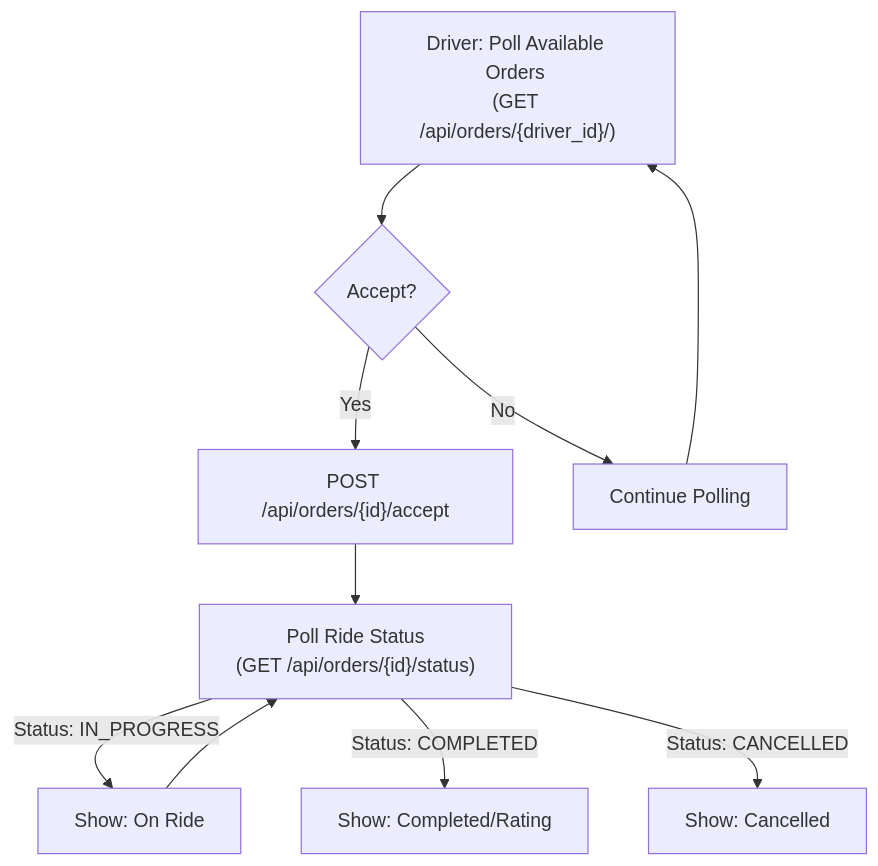
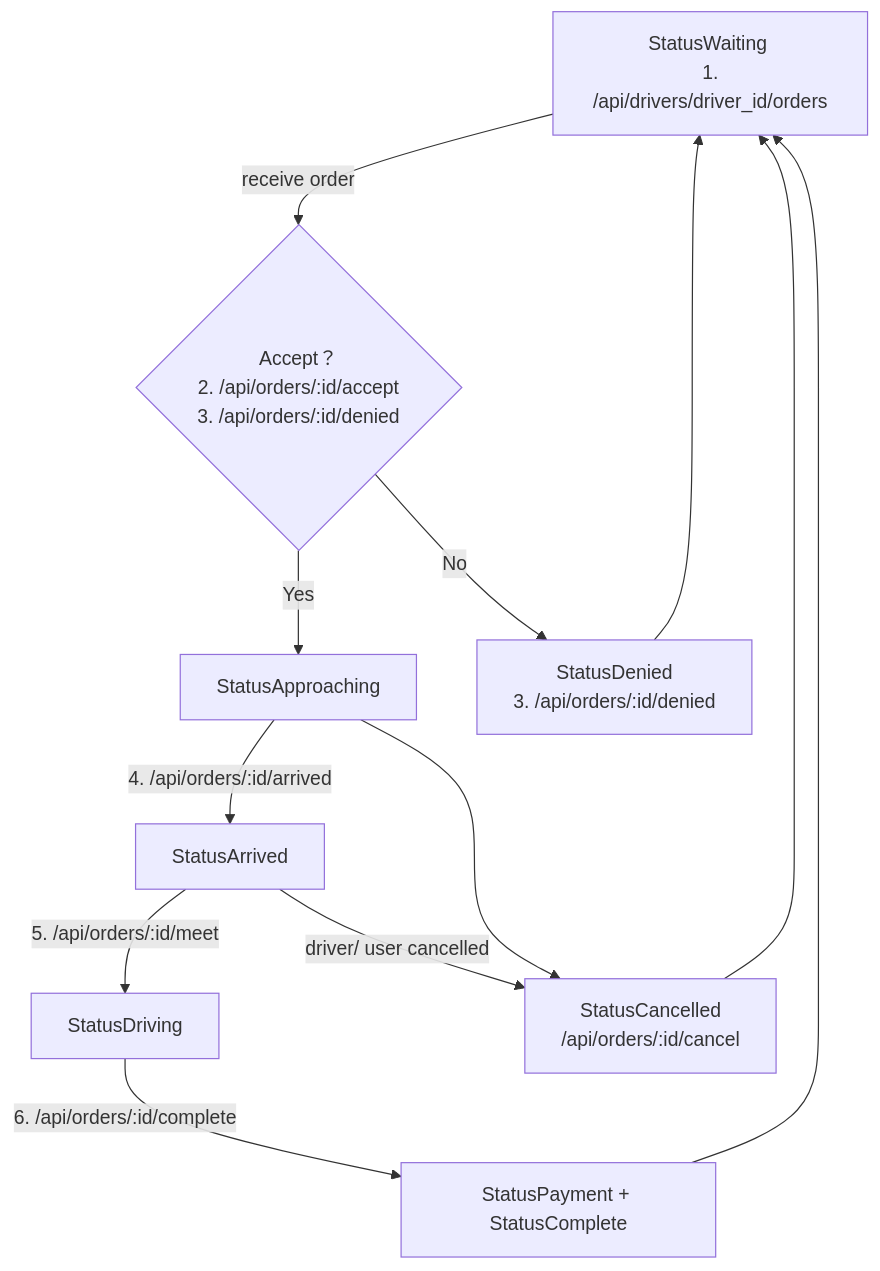
One commit to fweilun/Ark changed the third of 3 diagrams in docs/orderflow.md. Above: the diagram before and after it, drawn with Mermaid.

Commit message:
update driver workflow doc

````diff
--- a/docs/orderflow.md
+++ b/docs/orderflow.md
@@ -154,13 +154,17 @@
 ```mermaid
 flowchart TB
-  Start["Driver: Poll Available Orders <br>(GET /api/orders/{driver_id}/)"] --> Decide{Accept?}
-  Decide -- Yes --> Accept["POST /api/orders/{id}/accept"]
-  Decide -- No --> PollAgain["Continue Polling"]
+    Idle[StatusWaiting <br> 1. /api/drivers/driver_id/orders] -->|receive order| Accept{Accept？ <br> 2. /api/orders/:id/accept <br> 3. /api/orders/:id/denied}
+    Accept -- Yes --> Going[StatusApproaching]
+    Accept -- No --> Denied[StatusDenied <br> 3. /api/orders/:id/denied]
+    Denied --> Idle
 
-  Accept --> PollRide["Poll Ride Status <br>(GET /api/orders/{id}/status)"]
-  PollRide -->|Status: IN_PROGRESS| OnRide["Show: On Ride"]
-  PollRide -->|Status: COMPLETED| Done["Show: Completed/Rating"]
-  PollRide -->|Status: CANCELLED| Cancelled["Show: Cancelled"]
-  OnRide --> PollRide
-  PollAgain --> Start
+    Going --> |4. /api/orders/:id/arrived| Arrived[StatusArrived]
+    Arrived --> |5. /api/orders/:id/meet| Driving[StatusDriving]
+    Driving --> |6. /api/orders/:id/complete| Complete[StatusPayment + StatusComplete]
+    Complete --> Idle
+
+    Arrived -->|driver/ user cancelled| Cancelled
+    Going --> Cancelled[StatusCancelled <br> /api/orders/:id/cancel]
+    Cancelled --> Idle
+
 ```
````
